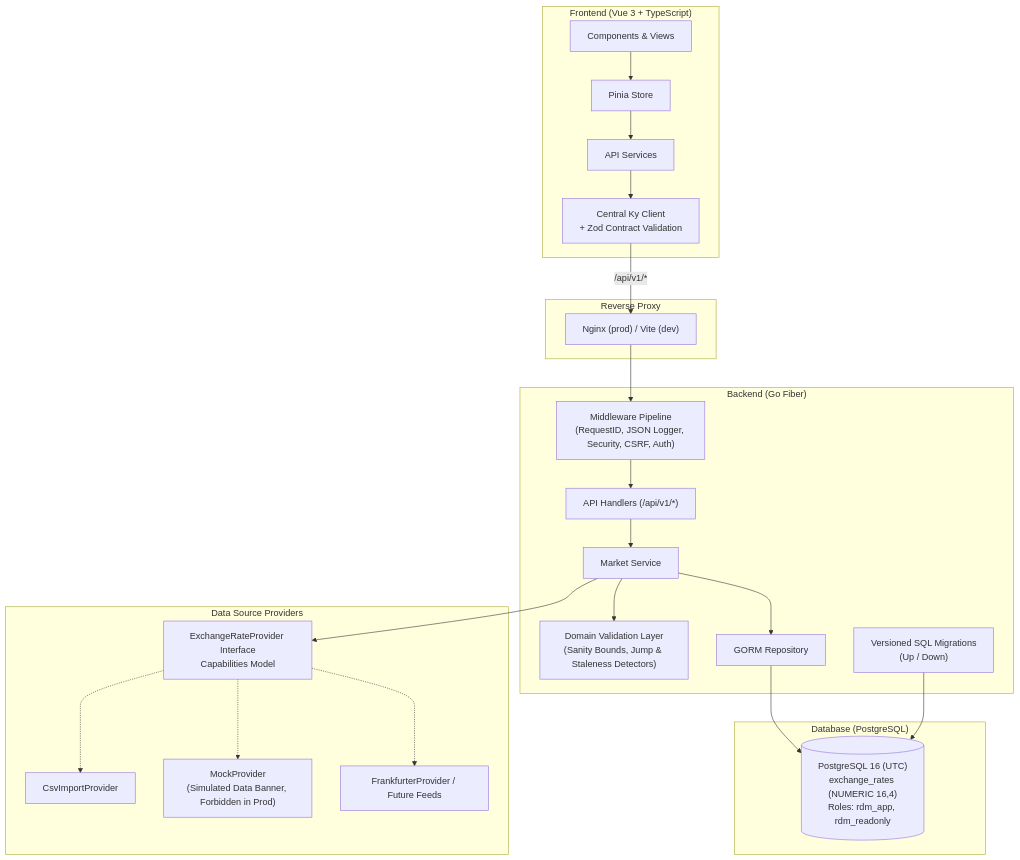
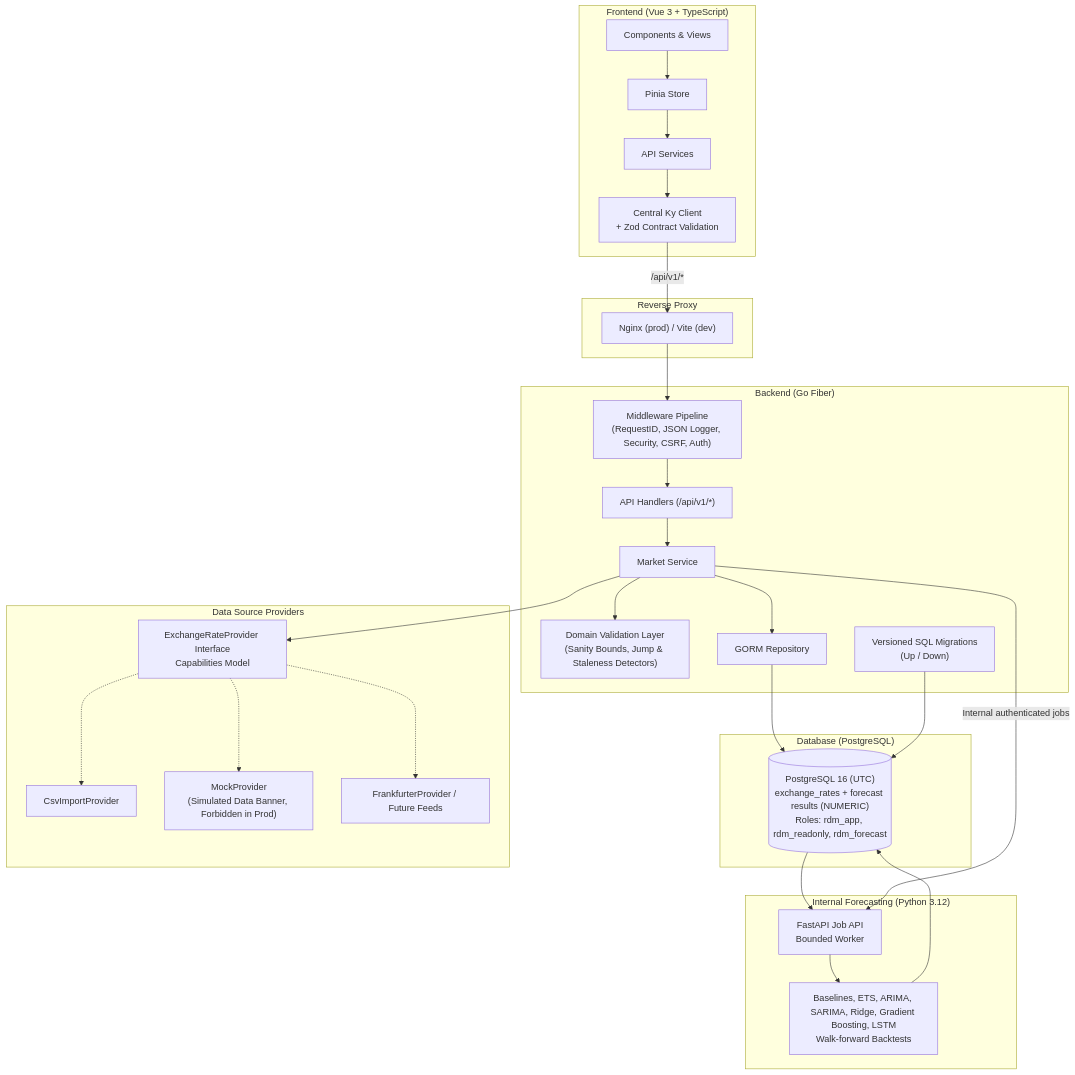
Before and after one commit to rdmfr/RdMarket: the diagram in README.md, drawn with Mermaid. The commit also changed other lines of this file and 66 other files, not shown here.

Commit message:
feat: add Phase 2 forecasting with LSTM

````diff
--- a/README.md
+++ b/README.md
@@ -19,45 +20,54 @@
 ```mermaid
 flowchart TD
   subgraph Frontend ["Frontend (Vue 3 + TypeScript)"]
     UI["Components & Views"] --> STORE["Pinia Store"]
     STORE --> API_SVC["API Services"]
     API_SVC --> KY["Central Ky Client<br/>+ Zod Contract Validation"]
   end
 
   subgraph Gateway ["Reverse Proxy"]
     PROXY["Nginx (prod) / Vite (dev)"]
   end
 
   subgraph Backend ["Backend (Go Fiber)"]
     MW["Middleware Pipeline<br/>(RequestID, JSON Logger, Security, CSRF, Auth)"]
     ROUTER["API Handlers (/api/v1/*)"]
     SVC["Market Service"]
     VAL["Domain Validation Layer<br/>(Sanity Bounds, Jump & Staleness Detectors)"]
     REPO["GORM Repository"]
     MIG["Versioned SQL Migrations<br/>(Up / Down)"]
   end
 
   subgraph Storage ["Database (PostgreSQL)"]
-    DB[("PostgreSQL 16 (UTC)<br/>exchange_rates (NUMERIC 16,4)<br/>Roles: rdm_app, rdm_readonly")]
+    DB[("PostgreSQL 16 (UTC)<br/>exchange_rates + forecast results (NUMERIC)<br/>Roles: rdm_app, rdm_readonly, rdm_forecast")]
+  end
+
+  subgraph Forecasting ["Internal Forecasting (Python 3.12)"]
+    PY["FastAPI Job API<br/>Bounded Worker"]
+    MODEL["Baselines, ETS, ARIMA, SARIMA, Ridge, Gradient Boosting, LSTM<br/>Walk-forward Backtests"]
+    PY --> MODEL
   end
 
   subgraph External ["Data Source Providers"]
     PROV_INT["ExchangeRateProvider Interface<br/>Capabilities Model"]
     CSV["CsvImportProvider"]
     MOCK["MockProvider<br/>(Simulated Data Banner, Forbidden in Prod)"]
     REAL["FrankfurterProvider / Future Feeds"]
   end
 
   KY -->|"/api/v1/*"| PROXY
   PROXY --> MW
   MW --> ROUTER
   ROUTER --> SVC
   SVC --> VAL
   SVC --> REPO
   SVC --> PROV_INT
   PROV_INT -.-> CSV
   PROV_INT -.-> MOCK
   PROV_INT -.-> REAL
   REPO --> DB
   MIG --> DB
+  DB --> PY
+  MODEL --> DB
+  SVC -->|Internal authenticated jobs| PY
 ```
````
